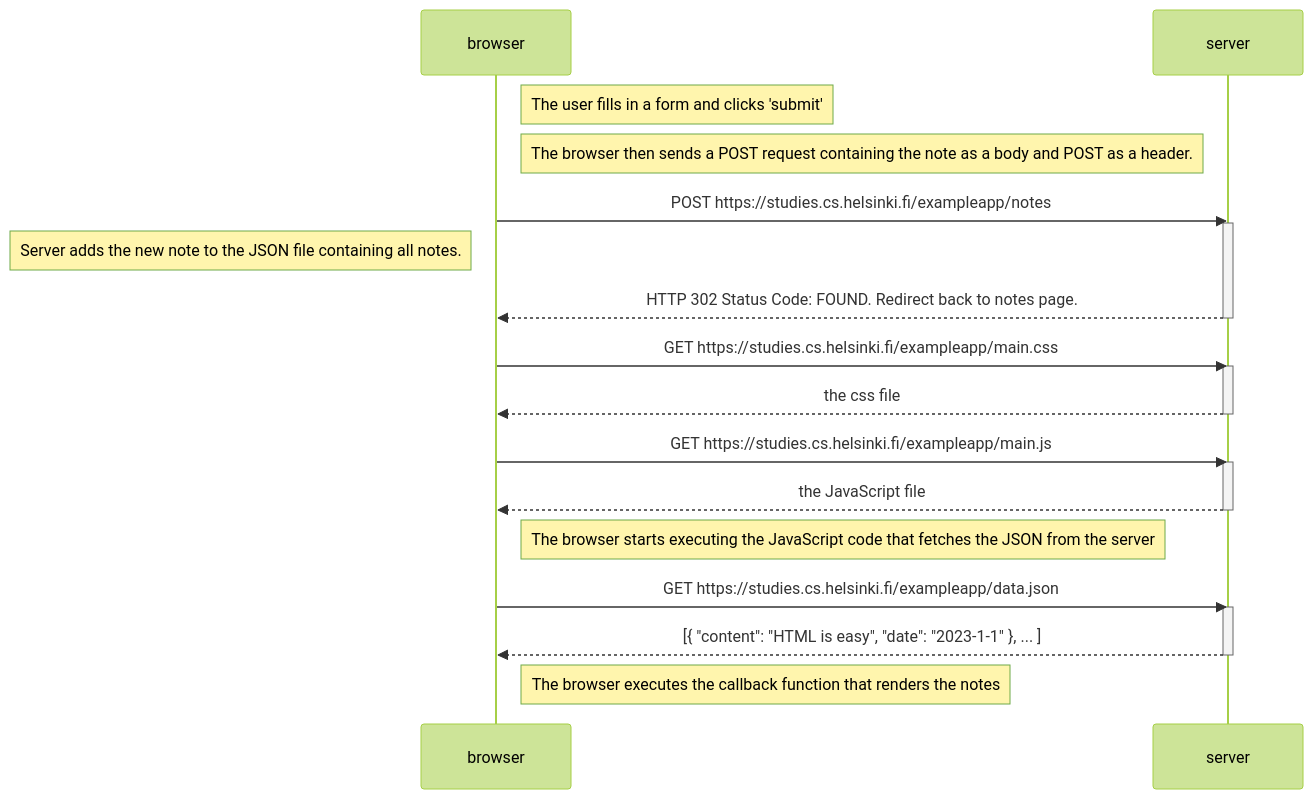
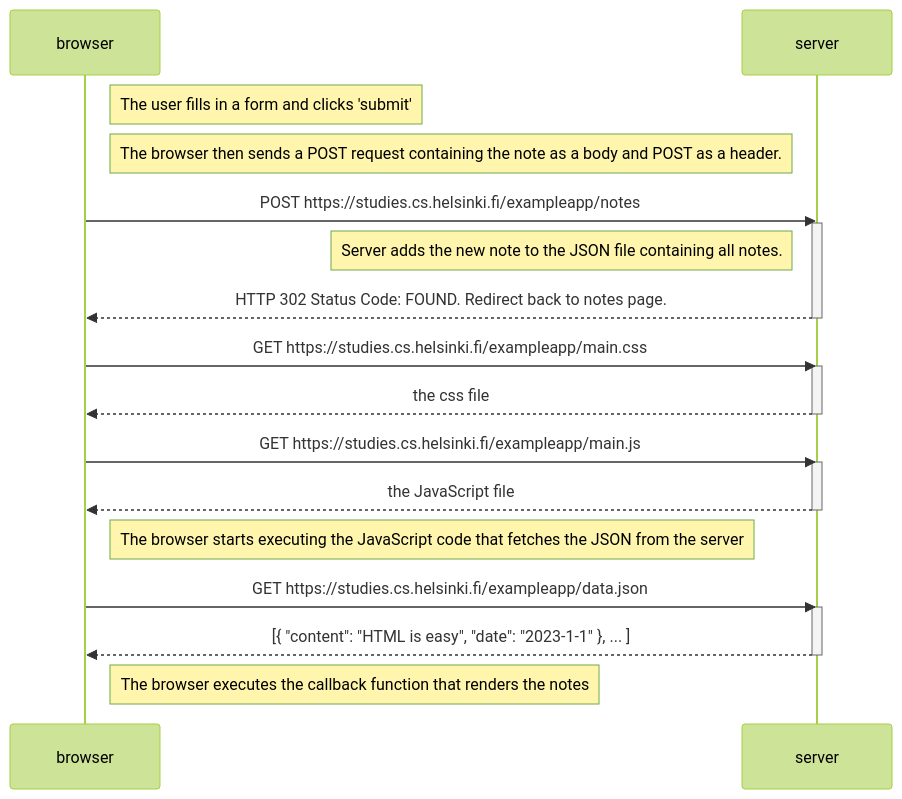
Before and after one commit to hvmil/FSO-2023: the diagram in part0/diagram.md, drawn with Mermaid (forest theme).

Commit message:
diagram update

````diff
--- a/part0/diagram.md
+++ b/part0/diagram.md
@@ -1,35 +1,35 @@
 ```mermaid
   sequenceDiagram
     participant browser
     participant server
     
     Note right of browser: The user fills in a form and clicks 'submit'
     Note right of browser: The browser then sends a POST request containing the note as a body and POST as a header.
 
     browser->>server: POST https://studies.cs.helsinki.fi/exampleapp/notes
     activate server
 
-    Note left of browser: Server adds the new note to the JSON file containing all notes.
+    Note left of server: Server adds the new note to the JSON file containing all notes.
 
     server-->>browser: HTTP 302 Status Code: FOUND. Redirect back to notes page.
     deactivate server
 
     browser->>server: GET https://studies.cs.helsinki.fi/exampleapp/main.css
     activate server
     server-->>browser: the css file
     deactivate server
 
     browser->>server: GET https://studies.cs.helsinki.fi/exampleapp/main.js
     activate server
     server-->>browser: the JavaScript file
     deactivate server
 
     Note right of browser: The browser starts executing the JavaScript code that fetches the JSON from the server
 
     browser->>server: GET https://studies.cs.helsinki.fi/exampleapp/data.json
     activate server
     server-->>browser: [{ "content": "HTML is easy", "date": "2023-1-1" }, ... ]
     deactivate server
 
     Note right of browser: The browser executes the callback function that renders the notes
 ```
````
